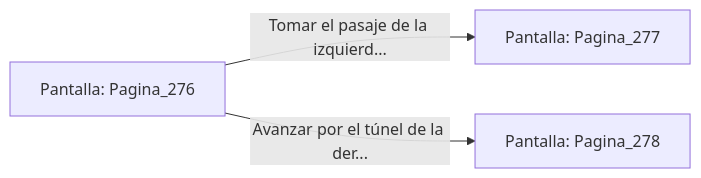
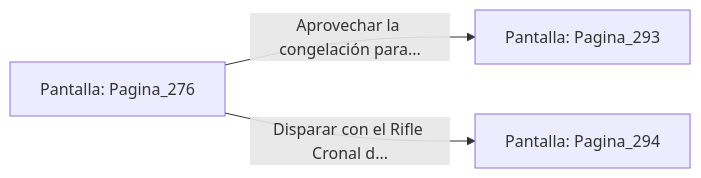
One commit to metsuke/mpl changed the diagram in sample/eligejuego-vault/Pantalla_Pagina_276.md. Above: the diagram before and after it, drawn with Mermaid. The commit also changed other lines of this file and 635 other files, not shown here.

First line of the commit message:
fix: añadir Pagina_1 como pantalla inicial en capitulo_01.mpl

````diff
--- a/sample/eligejuego-vault/Pantalla_Pagina_276.md
+++ b/sample/eligejuego-vault/Pantalla_Pagina_276.md
@@ -20,6 +22,6 @@
 ```mermaid
 graph LR
     P_Pagina_276["Pantalla: Pagina_276"]
-    P_Pagina_276 -->|"Tomar el pasaje de la izquierd..."| P_Pagina_277["Pantalla: Pagina_277"]
-    P_Pagina_276 -->|"Avanzar por el túnel de la der..."| P_Pagina_278["Pantalla: Pagina_278"]
+    P_Pagina_276 -->|"Aprovechar la congelación para..."| P_Pagina_293["Pantalla: Pagina_293"]
+    P_Pagina_276 -->|"Disparar con el Rifle Cronal d..."| P_Pagina_294["Pantalla: Pagina_294"]
 ```
````
